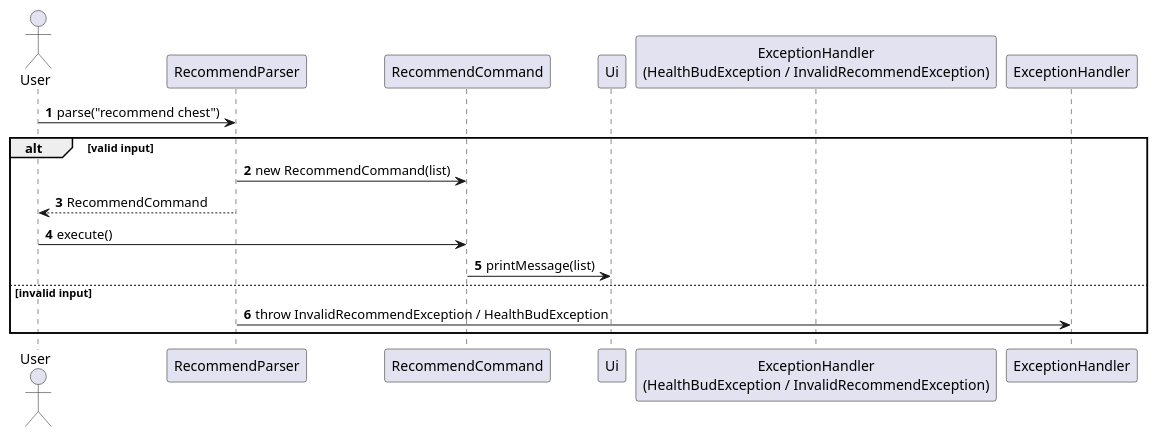
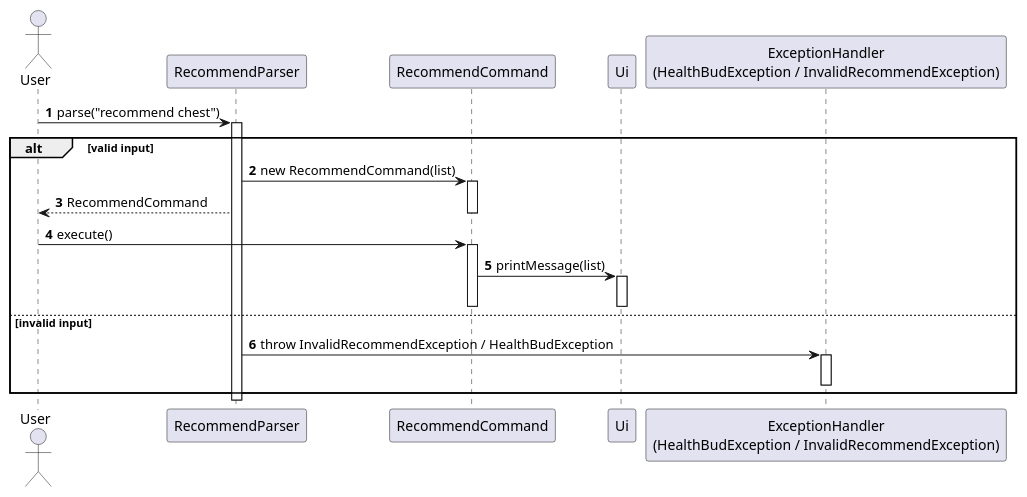
Before and after one commit to Jasonlobo21/tp: the diagram in docs/Diagrams/RecommendSD.puml, drawn with PlantUML. The commit also changed 7 other files, not shown here.

```diff
--- a/docs/Diagrams/RecommendSD.puml
+++ b/docs/Diagrams/RecommendSD.puml
@@ -1,26 +1,34 @@
 @startuml
-'autonumber adds numbering to calls
 autonumber
-
-/' for now i put as alt for valid input and invalid input'/
-/' but idk if i shoukd be splitting it into the respective muscle groups and their respective outputs'/
-/' can u have multiple boxes for alt? is not limited to 2 paths rye - need to ask cf'/
 
 actor User
 participant "RecommendParser" as Parser
 participant "RecommendCommand"
 participant "Ui"
-participant "ExceptionHandler\n(HealthBudException / InvalidRecommendException)"
+participant "ExceptionHandler\n(HealthBudException / InvalidRecommendException)" as ExceptionHandler
 
 User -> Parser: parse("recommend chest")
+activate Parser
 
 alt valid input
     Parser -> RecommendCommand: new RecommendCommand(list)
+    activate RecommendCommand
     Parser --> User: RecommendCommand
+    deactivate RecommendCommand
+
     User -> RecommendCommand: execute()
+    activate RecommendCommand
+
     RecommendCommand -> Ui: printMessage(list)
+    activate Ui
+    deactivate Ui
+
+    deactivate RecommendCommand
 else invalid input
     Parser -> ExceptionHandler: throw InvalidRecommendException / HealthBudException
+    activate ExceptionHandler
+    deactivate ExceptionHandler
 end
 
+deactivate Parser
 @enduml
```
